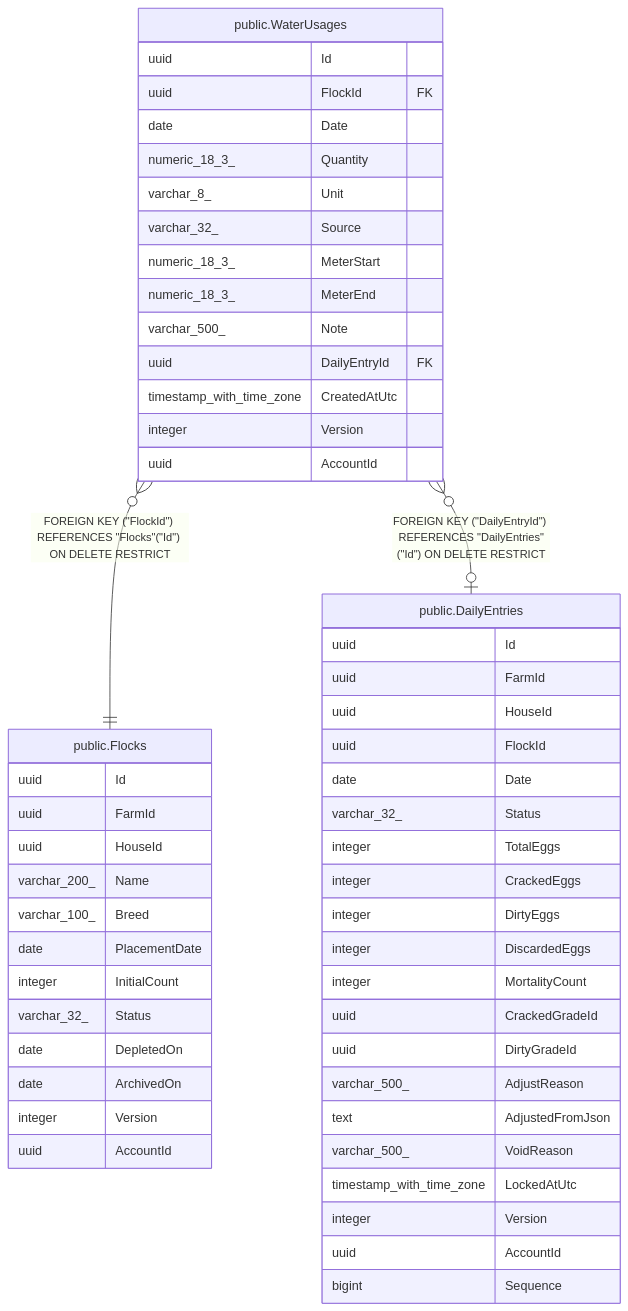
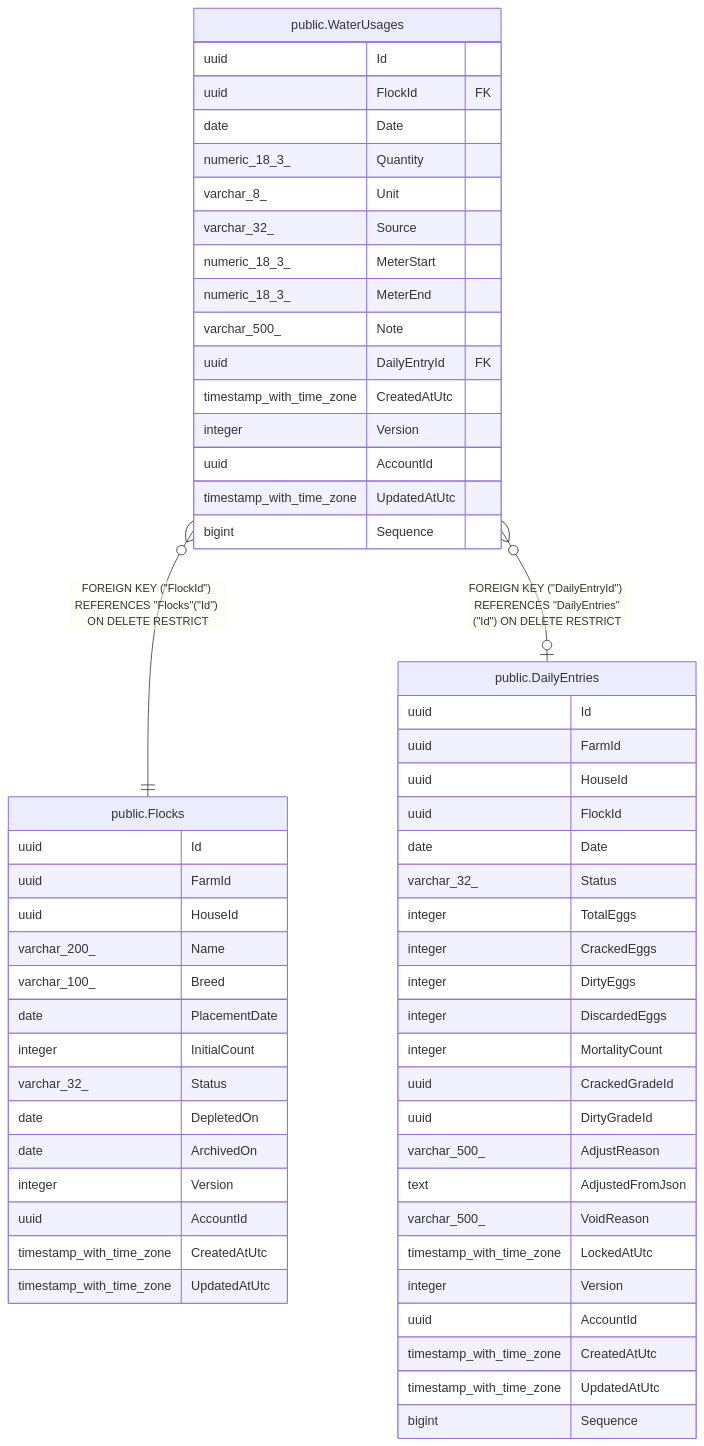
The diagram in docs/schema/public.WaterUsages.md (mforce/cluckwork), drawn with Mermaid before and after one commit. The commit also changed other lines of this file and 110 other files, not shown here.

````diff
--- a/docs/schema/public.WaterUsages.md
+++ b/docs/schema/public.WaterUsages.md
@@ -54,58 +65,64 @@
 ```mermaid
 erDiagram
 
 "public.WaterUsages" }o--|| "public.Flocks" : "FOREIGN KEY (#quot;FlockId#quot;) REFERENCES #quot;Flocks#quot;(#quot;Id#quot;) ON DELETE RESTRICT"
 "public.WaterUsages" }o--o| "public.DailyEntries" : "FOREIGN KEY (#quot;DailyEntryId#quot;) REFERENCES #quot;DailyEntries#quot;(#quot;Id#quot;) ON DELETE RESTRICT"
 
 "public.WaterUsages" {
   uuid Id
   uuid FlockId FK
   date Date
   numeric_18_3_ Quantity
   varchar_8_ Unit
   varchar_32_ Source
   numeric_18_3_ MeterStart
   numeric_18_3_ MeterEnd
   varchar_500_ Note
   uuid DailyEntryId FK
   timestamp_with_time_zone CreatedAtUtc
   integer Version
   uuid AccountId
+  timestamp_with_time_zone UpdatedAtUtc
+  bigint Sequence
 }
 "public.Flocks" {
   uuid Id
   uuid FarmId
   uuid HouseId
   varchar_200_ Name
   varchar_100_ Breed
   date PlacementDate
   integer InitialCount
   varchar_32_ Status
   date DepletedOn
   date ArchivedOn
   integer Version
   uuid AccountId
+  timestamp_with_time_zone CreatedAtUtc
+  timestamp_with_time_zone UpdatedAtUtc
 }
 "public.DailyEntries" {
   uuid Id
   uuid FarmId
   uuid HouseId
   uuid FlockId
   date Date
   varchar_32_ Status
   integer TotalEggs
   integer CrackedEggs
   integer DirtyEggs
   integer DiscardedEggs
   integer MortalityCount
   uuid CrackedGradeId
   uuid DirtyGradeId
   varchar_500_ AdjustReason
   text AdjustedFromJson
   varchar_500_ VoidReason
   timestamp_with_time_zone LockedAtUtc
   integer Version
   uuid AccountId
+  timestamp_with_time_zone CreatedAtUtc
+  timestamp_with_time_zone UpdatedAtUtc
   bigint Sequence
 }
 ```
````
